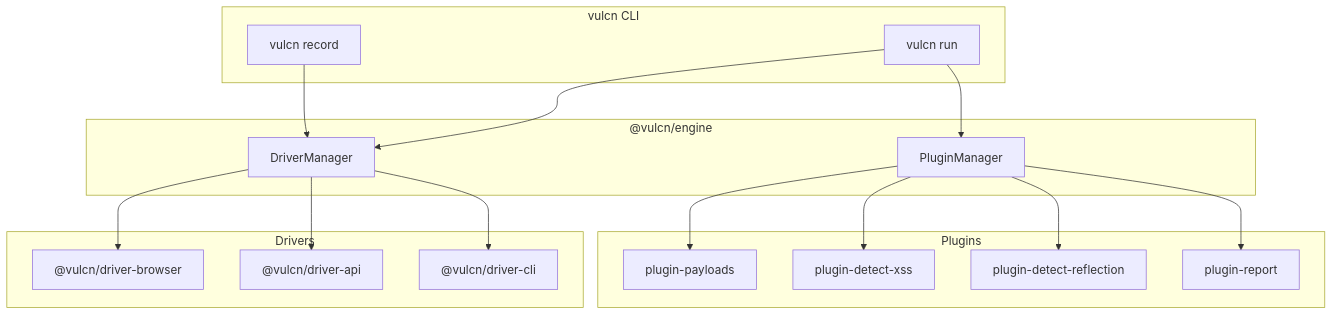
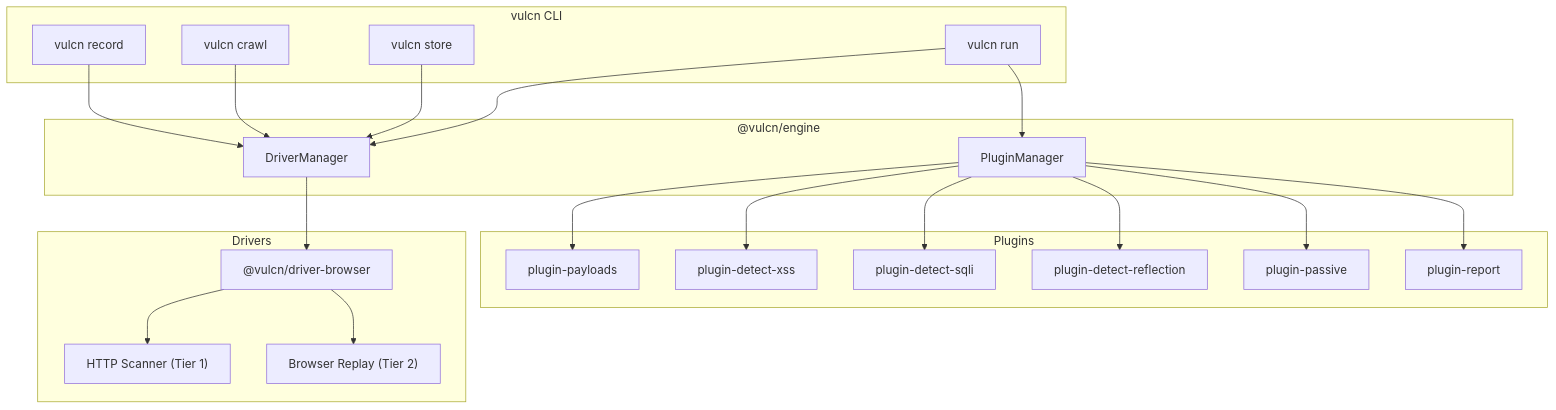
The diagram in index.mdx (vulcnize/docs), drawn with Mermaid before and after one commit. The commit also changed other lines of this file and 11 other files, not shown here.

````diff
--- a/index.mdx
+++ b/index.mdx
@@ -56,36 +62,44 @@
 ```mermaid
 flowchart TB
     subgraph CLI["vulcn CLI"]
         Record[vulcn record]
+        Crawl[vulcn crawl]
+        Store[vulcn store]
         Run[vulcn run]
     end
 
     subgraph Engine["@vulcn/engine"]
         DM[DriverManager]
         PM[PluginManager]
     end
 
     subgraph Drivers
         Browser["@vulcn/driver-browser"]
-        API["@vulcn/driver-api"]
-        CLID["@vulcn/driver-cli"]
+        HttpScan["HTTP Scanner (Tier 1)"]
+        BrowserReplay["Browser Replay (Tier 2)"]
     end
 
     subgraph Plugins
         Payloads["plugin-payloads"]
         XSS["plugin-detect-xss"]
+        SQLi["plugin-detect-sqli"]
         Reflect["plugin-detect-reflection"]
+        Passive["plugin-passive"]
         Report["plugin-report"]
     end
 
     Record --> DM
+    Crawl --> DM
+    Store --> DM
     Run --> DM
     Run --> PM
     DM --> Browser
-    DM --> API
-    DM --> CLID
+    Browser --> HttpScan
+    Browser --> BrowserReplay
     PM --> Payloads
     PM --> XSS
+    PM --> SQLi
     PM --> Reflect
+    PM --> Passive
     PM --> Report
 ```
````
